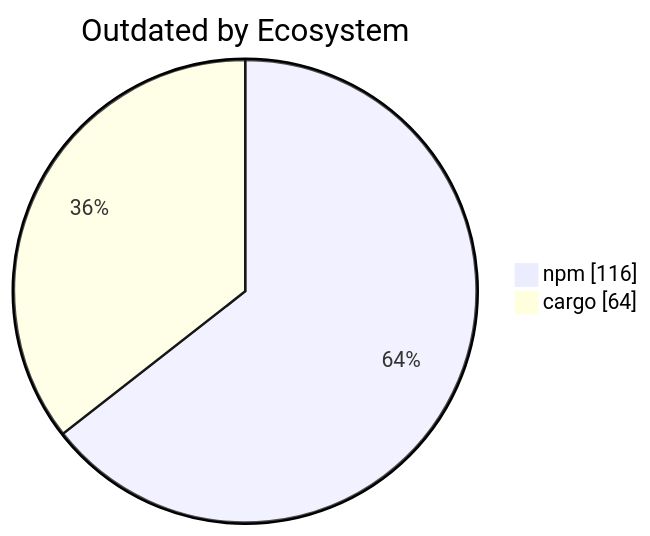
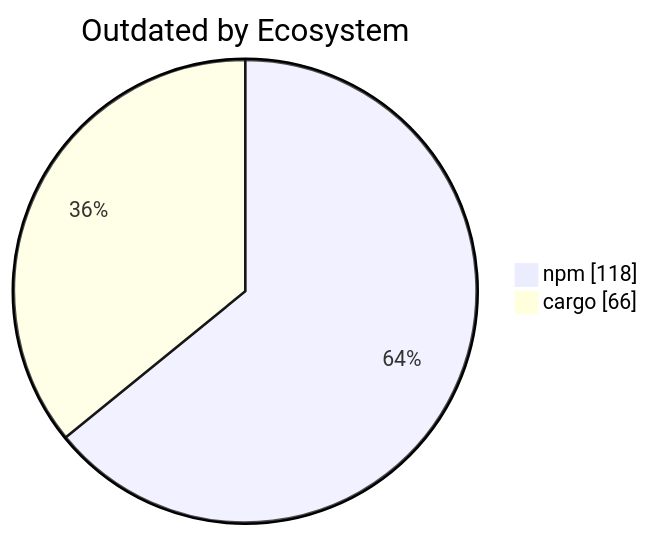
One commit to KBVE/kbve changed the diagram in apps/kbve/astro-kbve/src/content/docs/dashboard/deps.mdx. Above: the diagram before and after it, drawn with Mermaid. The commit also changed other lines of this file and 1 other file, not shown here.

````diff
--- a/apps/kbve/astro-kbve/src/content/docs/dashboard/deps.mdx
+++ b/apps/kbve/astro-kbve/src/content/docs/dashboard/deps.mdx
@@ -109,6 +109,6 @@
 ```mermaid
 pie showData
     title Outdated by Ecosystem
-    "npm" : 116
-    "cargo" : 64
+    "npm" : 118
+    "cargo" : 66
 ```
````
